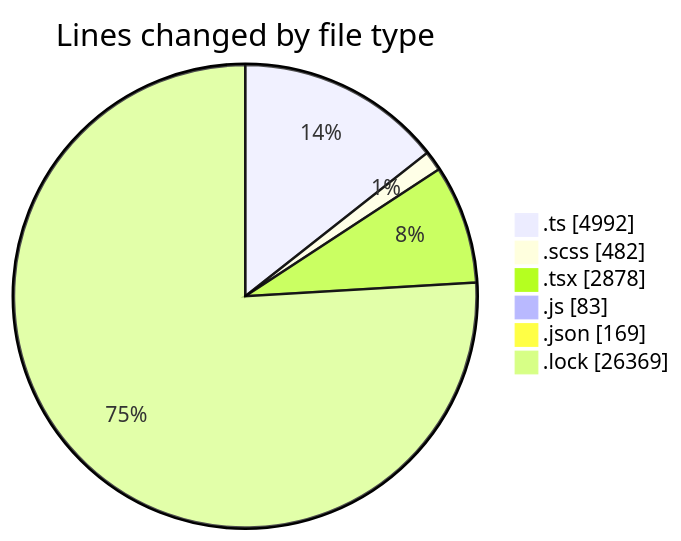
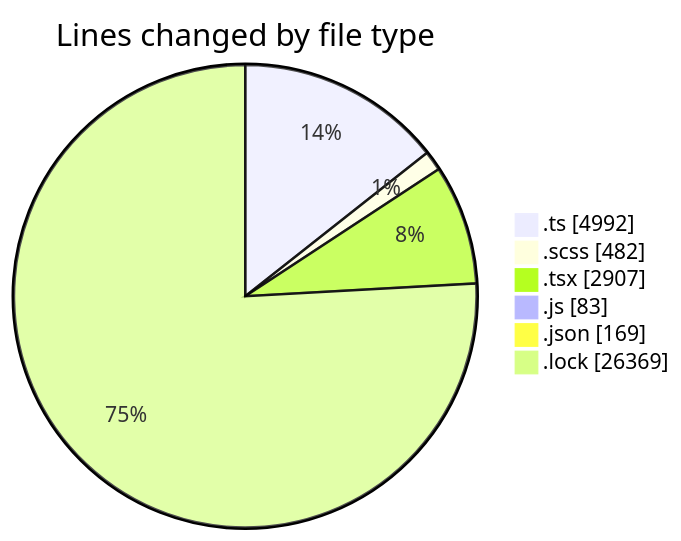
One commit to momahboobian/code-tracking changed the first of 2 diagrams in 2025-09-12/cda/README.md. Above: the diagram before and after it, drawn with Mermaid. The commit also changed other lines of this file and 1 other file, not shown here.

````diff
--- a/2025-09-12/cda/README.md
+++ b/2025-09-12/cda/README.md
@@ -35,10 +35,10 @@
 ```mermaid
 pie showData
 title Lines changed by file type
 ".ts" : 4992
 ".scss" : 482
-".tsx" : 2878
+".tsx" : 2907
 ".js" : 83
 ".json" : 169
 ".lock" : 26369
 ```
````
